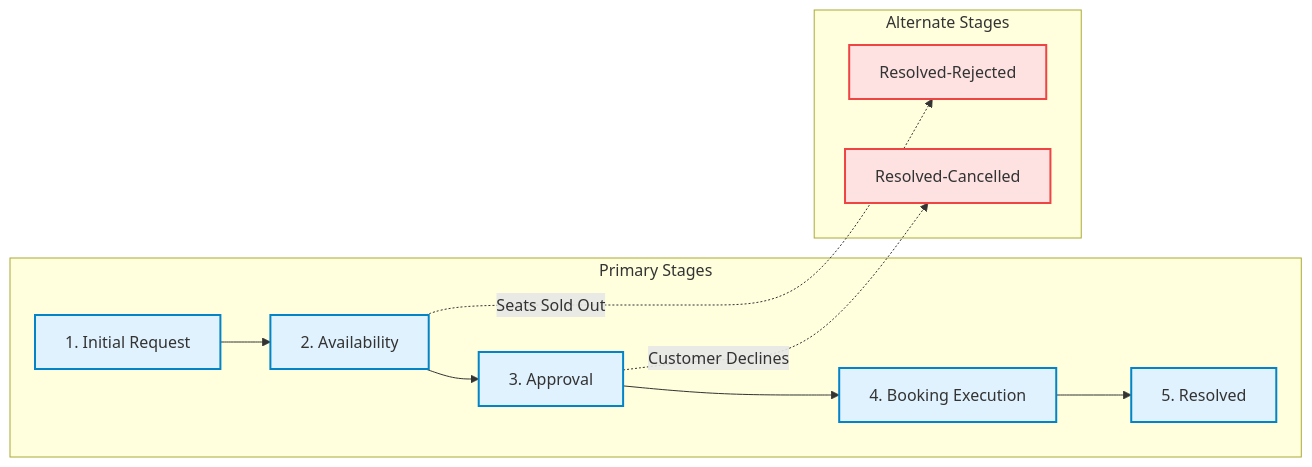
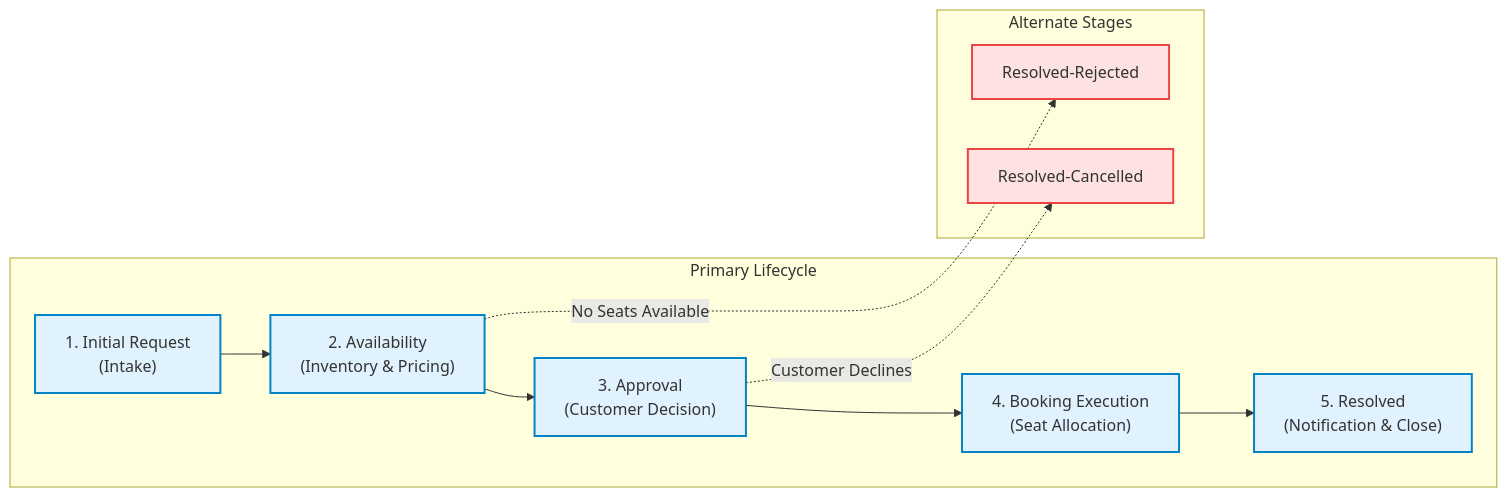
The diagram in README.md (sameer727/Movie-Ticket-Booking), drawn with Mermaid before and after one commit. The commit also changed other lines of this file, not shown here.

````diff
--- a/README.md
+++ b/README.md
@@ -29,19 +37,19 @@
 ```mermaid
 graph LR
-    subgraph Primary Stages
-        S1[1. Initial Request] --> S2[2. Availability]
-        S2 --> S3[3. Approval]
-        S3 --> S4[4. Booking Execution]
-        S4 --> S5[5. Resolved]
+    subgraph Primary Lifecycle
+        S1["1. Initial Request<br/>(Intake)"] --> S2["2. Availability<br/>(Inventory & Pricing)"]
+        S2 --> S3["3. Approval<br/>(Customer Decision)"]
+        S3 --> S4["4. Booking Execution<br/>(Seat Allocation)"]
+        S4 --> S5["5. Resolved<br/>(Notification & Close)"]
     end
-    
+
     subgraph Alternate Stages
-        S2 -.->|Seats Sold Out| A1[Resolved-Rejected]
-        S3 -.->|Customer Declines| A2[Resolved-Cancelled]
+        S2 -.->|"No Seats Available"| A1["Resolved-Rejected"]
+        S3 -.->|"Customer Declines"| A2["Resolved-Cancelled"]
     end
 
     classDef primary fill:#e0f2fe,stroke:#0284c7,stroke-width:2px;
     classDef alt fill:#fee2e2,stroke:#ef4444,stroke-width:2px;
     class S1,S2,S3,S4,S5 primary;
     class A1,A2 alt;
 ```
````
